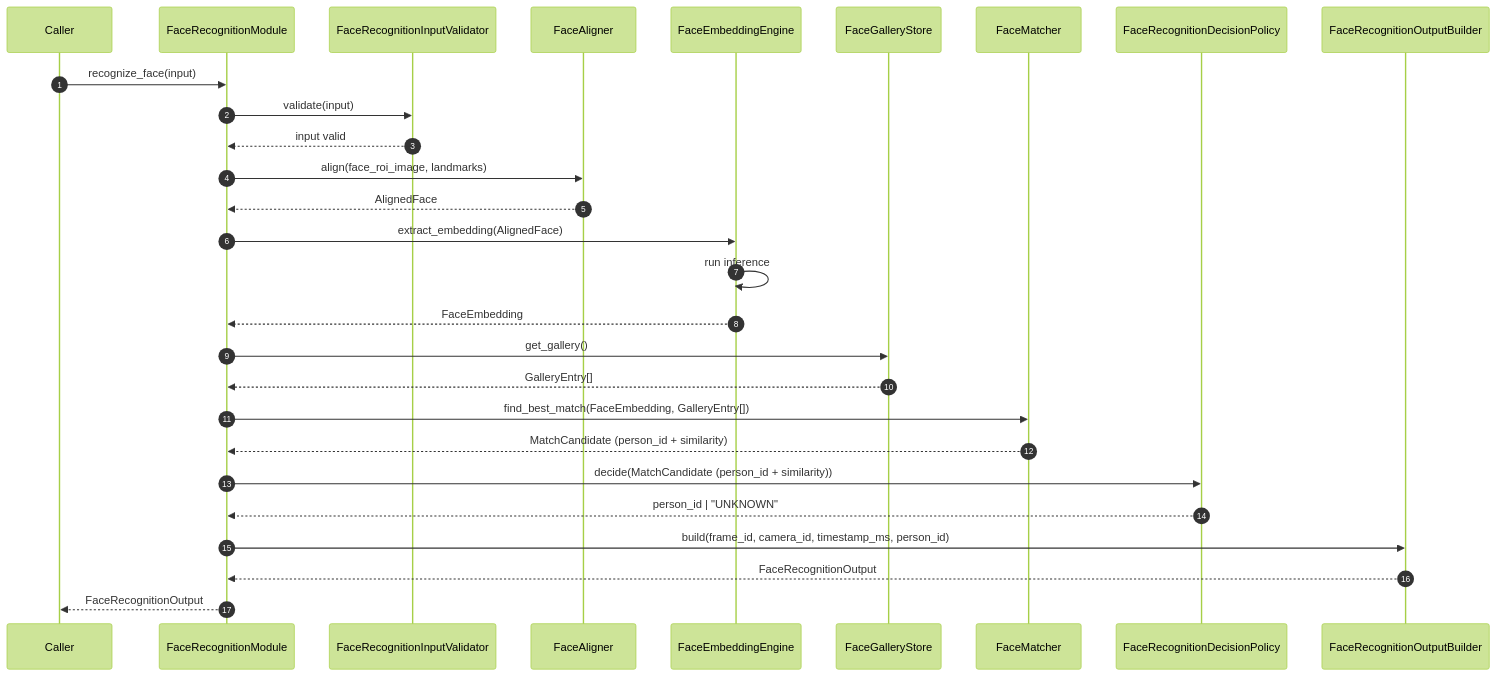
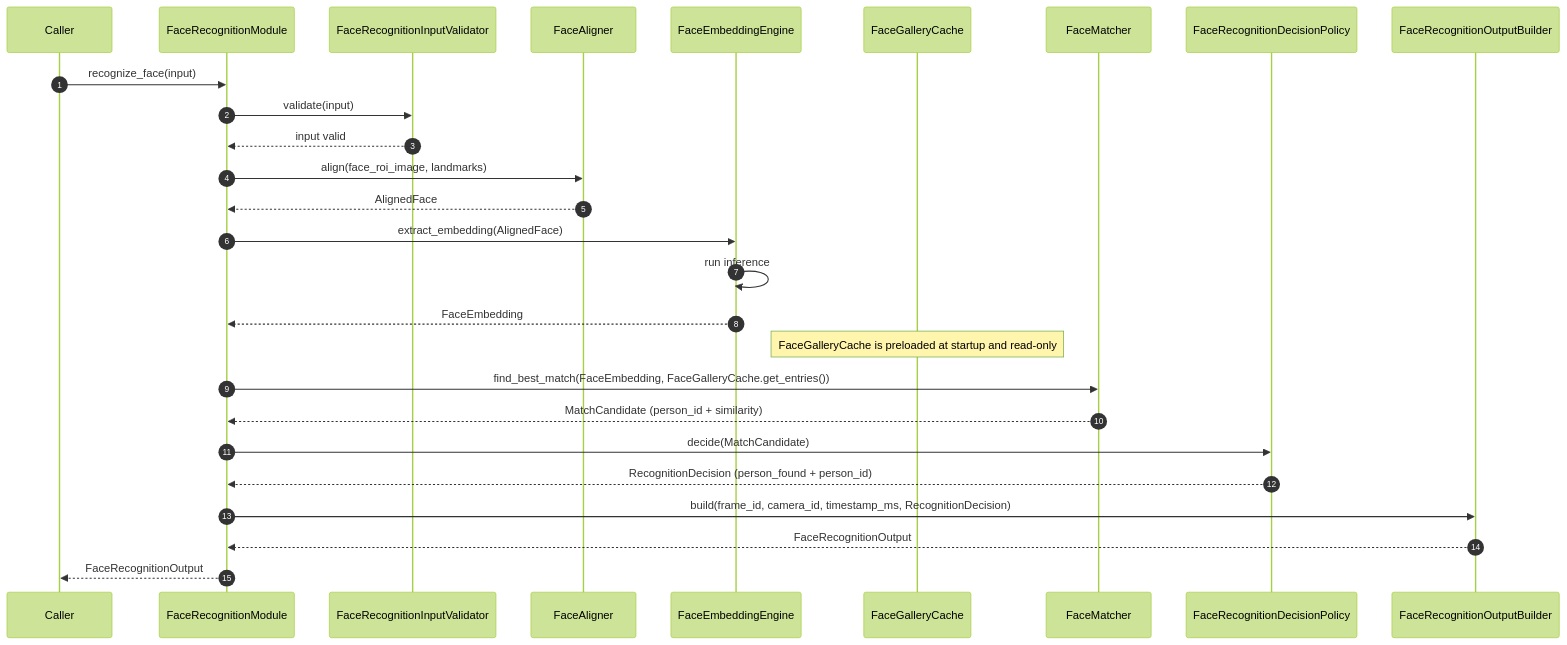
Before and after one commit to talifruman/camera-recognition: the second of 3 diagrams in doc/image_processing_service/face_recognition.md, drawn with Mermaid (forest theme). The commit also changed other lines of this file and 142 other files, not shown here.

Commit message:
Add face recognition module, update face gallery loader, and supporting docs/tests

````diff
--- a/doc/image_processing_service/face_recognition.md
+++ b/doc/image_processing_service/face_recognition.md
@@ -455,31 +471,30 @@
 ```mermaid
 sequenceDiagram
     autonumber
     participant Caller
     participant FaceRecognitionModule
     participant FaceRecognitionInputValidator
     participant FaceAligner
     participant FaceEmbeddingEngine
-    participant FaceGalleryStore
+    participant FaceGalleryCache
     participant FaceMatcher
     participant FaceRecognitionDecisionPolicy
     participant FaceRecognitionOutputBuilder
 
     Caller->>FaceRecognitionModule: recognize_face(input)
     FaceRecognitionModule->>FaceRecognitionInputValidator: validate(input)
     FaceRecognitionInputValidator-->>FaceRecognitionModule: input valid
     FaceRecognitionModule->>FaceAligner: align(face_roi_image, landmarks)
     FaceAligner-->>FaceRecognitionModule: AlignedFace
     FaceRecognitionModule->>FaceEmbeddingEngine: extract_embedding(AlignedFace)
     FaceEmbeddingEngine->>FaceEmbeddingEngine: run inference
     FaceEmbeddingEngine-->>FaceRecognitionModule: FaceEmbedding
-    FaceRecognitionModule->>FaceGalleryStore: get_gallery()
-    FaceGalleryStore-->>FaceRecognitionModule: GalleryEntry[]
-    FaceRecognitionModule->>FaceMatcher: find_best_match(FaceEmbedding, GalleryEntry[])
+    Note over FaceGalleryCache: FaceGalleryCache is preloaded at startup and read-only
+    FaceRecognitionModule->>FaceMatcher: find_best_match(FaceEmbedding, FaceGalleryCache.get_entries())
     FaceMatcher-->>FaceRecognitionModule: MatchCandidate (person_id + similarity)
-    FaceRecognitionModule->>FaceRecognitionDecisionPolicy: decide(MatchCandidate (person_id + similarity))
-    FaceRecognitionDecisionPolicy-->>FaceRecognitionModule: person_id | "UNKNOWN"
-    FaceRecognitionModule->>FaceRecognitionOutputBuilder: build(frame_id, camera_id, timestamp_ms, person_id)
+    FaceRecognitionModule->>FaceRecognitionDecisionPolicy: decide(MatchCandidate)
+    FaceRecognitionDecisionPolicy-->>FaceRecognitionModule: RecognitionDecision (person_found + person_id)
+    FaceRecognitionModule->>FaceRecognitionOutputBuilder: build(frame_id, camera_id, timestamp_ms, RecognitionDecision)
     FaceRecognitionOutputBuilder-->>FaceRecognitionModule: FaceRecognitionOutput
     FaceRecognitionModule-->>Caller: FaceRecognitionOutput
 ```
````
